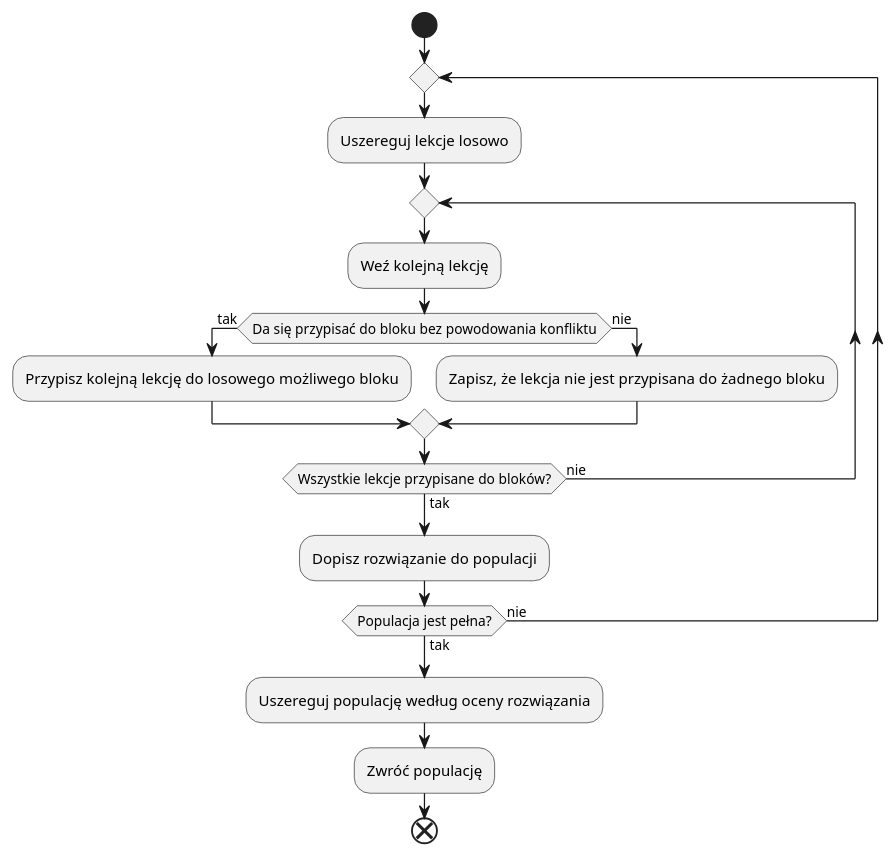
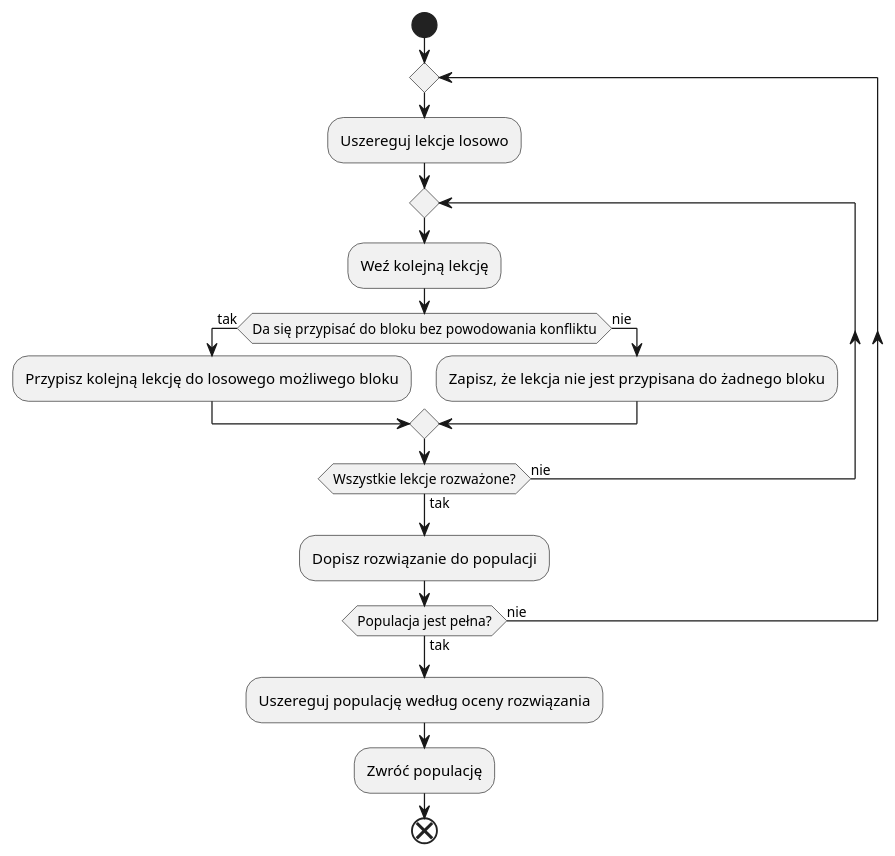
The diagram in uml_diagrams/starting_popu.puml (TobiaszAGH/monte_planer), drawn with PlantUML before and after one commit. The commit also changed 10 other files, not shown here.

```diff
--- a/uml_diagrams/starting_popu.puml
+++ b/uml_diagrams/starting_popu.puml
@@ -1,18 +1,18 @@
 @startuml pop
 start
 repeat
     :Uszereguj lekcje losowo;
     repeat
         :Weź kolejną lekcję;
         if (Da się przypisać do bloku bez powodowania konfliktu) then (tak)
             :Przypisz kolejną lekcję do losowego możliwego bloku;
         else (nie)
             :Zapisz, że lekcja nie jest przypisana do żadnego bloku;
         endif
-    repeat while (Wszystkie lekcje przypisane do bloków?) is (nie) not (tak)
+    repeat while (Wszystkie lekcje rozważone?) is (nie) not (tak)
     :Dopisz rozwiązanie do populacji;
 repeat while (Populacja jest pełna?) is (nie) not (tak)
 :Uszereguj populację według oceny rozwiązania;
 :Zwróć populację;
 end
 @enduml
```
